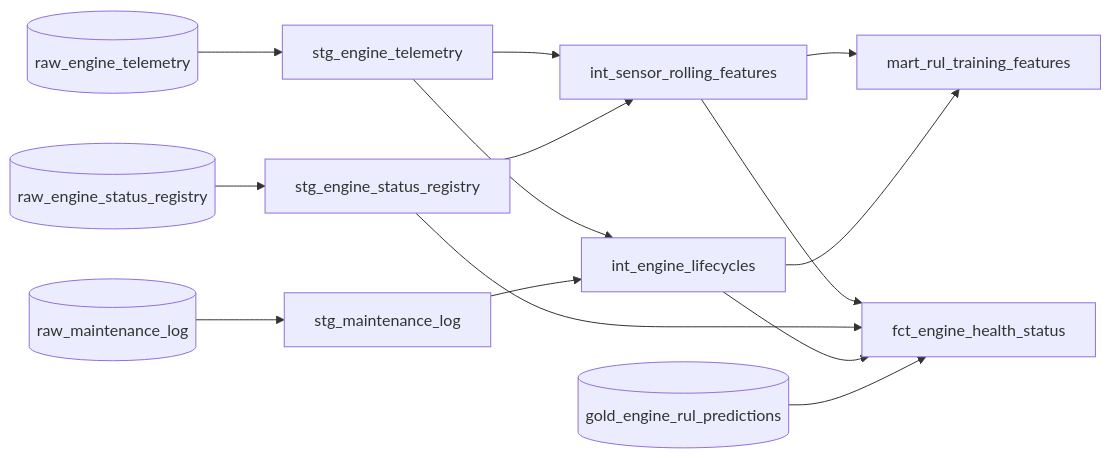
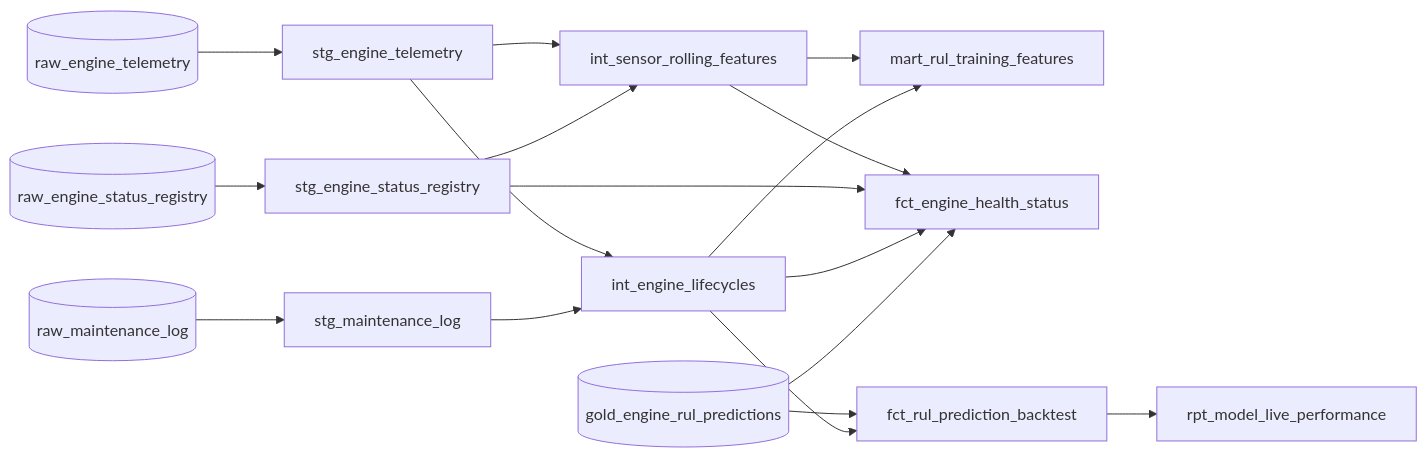
The diagram in docs/architecture.md (mahanfatehian/jet-engine-lakehouse), drawn with Mermaid before and after one commit. The commit also changed other lines of this file and 2 other files, not shown here.

First line of the commit message:
docs: document the hardened behaviour, calibrated model and live backtest

````diff
--- a/docs/architecture.md
+++ b/docs/architecture.md
@@ -100,16 +111,19 @@
 ```mermaid
 flowchart LR
     RT[(raw_engine_telemetry)] --> STG[stg_engine_telemetry]
     RR[(raw_engine_status_registry)] --> STR[stg_engine_status_registry]
     RM[(raw_maintenance_log)] --> STM[stg_maintenance_log]
     STG --> LC[int_engine_lifecycles]
     STM --> LC
     STG --> F[int_sensor_rolling_features]
     STR --> F
     F --> MART[mart_rul_training_features]
     LC --> MART
     F --> FCT[fct_engine_health_status]
     STR --> FCT
     LC --> FCT
     P[(gold_engine_rul_predictions)] --> FCT
+    P --> BT[fct_rul_prediction_backtest]
+    LC --> BT
+    BT --> RPT[rpt_model_live_performance]
 ```
````
